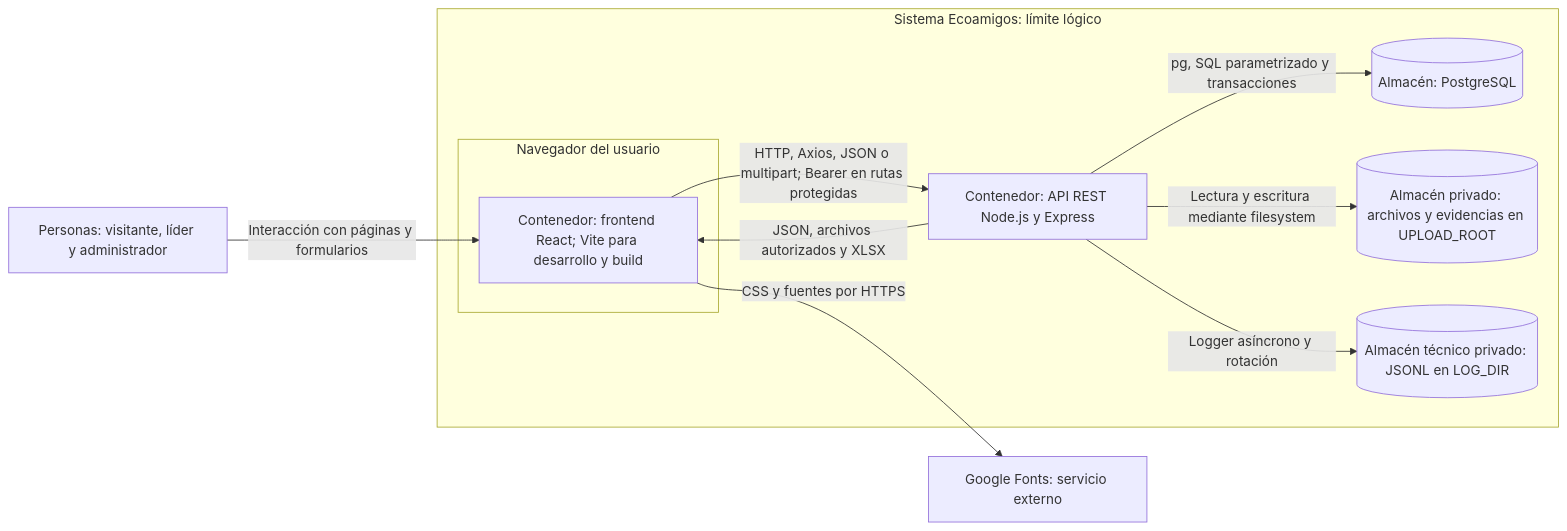
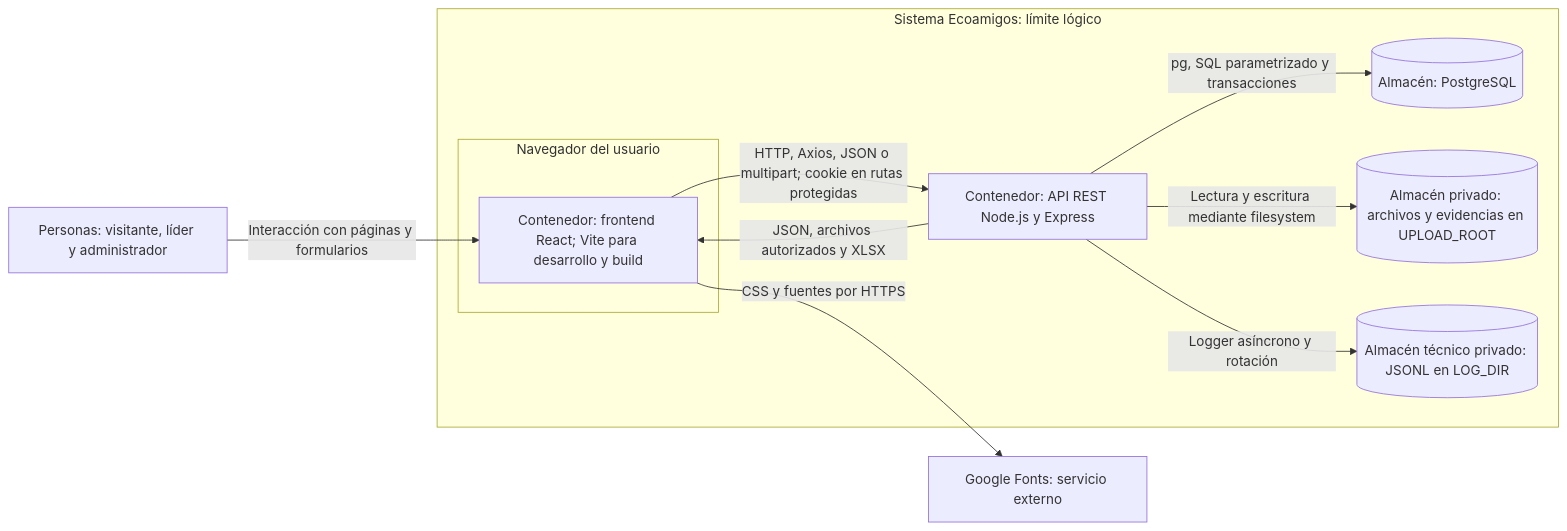
One commit to oscarprada/ecoamigos-web changed the third of 5 diagrams in docs/02-ARQUITECTURA.md. Above: the diagram before and after it, drawn with Mermaid. The commit also changed other lines of this file and 44 other files, not shown here.

Commit message:
Corrige S02 migrando sesión a cookie HttpOnly

````diff
--- a/docs/02-ARQUITECTURA.md
+++ b/docs/02-ARQUITECTURA.md
@@ -51,21 +51,21 @@
 ```mermaid
 flowchart LR
   U["Personas: visitante, líder y administrador"]
   subgraph ECO["Sistema Ecoamigos: límite lógico"]
     subgraph CLIENT["Navegador del usuario"]
       SPA["Contenedor: frontend React; Vite para desarrollo y build"]
     end
     API["Contenedor: API REST Node.js y Express"]
     PG[("Almacén: PostgreSQL")]
     UP[("Almacén privado: archivos y evidencias en UPLOAD_ROOT")]
     LOG[("Almacén técnico privado: JSONL en LOG_DIR")]
   end
   GF["Google Fonts: servicio externo"]
   U -->|Interacción con páginas y formularios| SPA
-  SPA -->|HTTP, Axios, JSON o multipart; Bearer en rutas protegidas| API
+  SPA -->|HTTP, Axios, JSON o multipart; cookie en rutas protegidas| API
   API -->|JSON, archivos autorizados y XLSX| SPA
   API -->|pg, SQL parametrizado y transacciones| PG
   API -->|Lectura y escritura mediante filesystem| UP
   API -->|Logger asíncrono y rotación| LOG
   SPA -->|CSS y fuentes por HTTPS| GF
 ```
````
